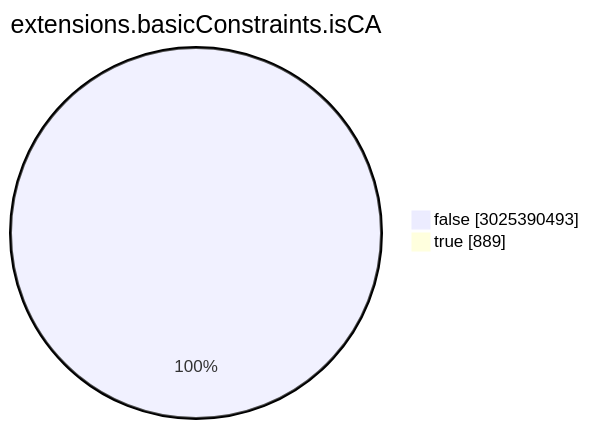
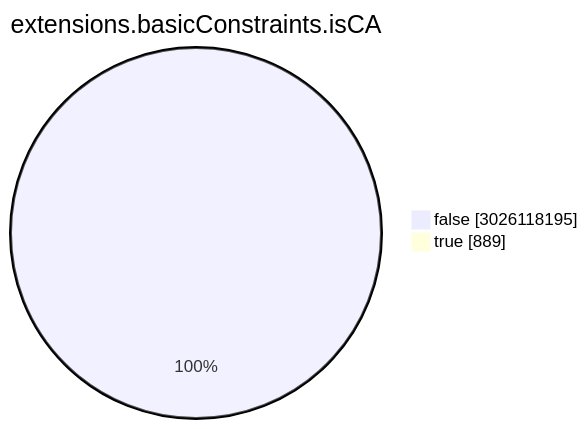
The seventh of 15 diagrams in TOTAL/README.md (christiankrug/ctmonitor_visualization), drawn with Mermaid before and after one commit. The commit also changed other lines of this file, not shown here.

````diff
--- a/TOTAL/README.md
+++ b/TOTAL/README.md
@@ -3087,6 +3087,6 @@
 ```mermaid
 pie showData
 title extensions.basicConstraints.isCA
-"false" :3025390493
+"false" :3026118195
 "true" :889
 ```
````
